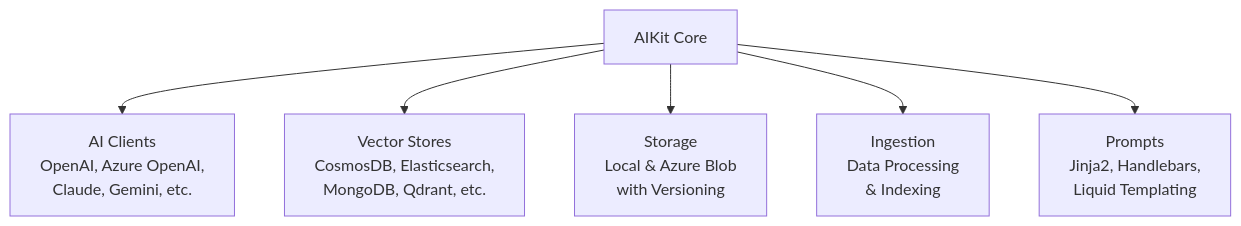
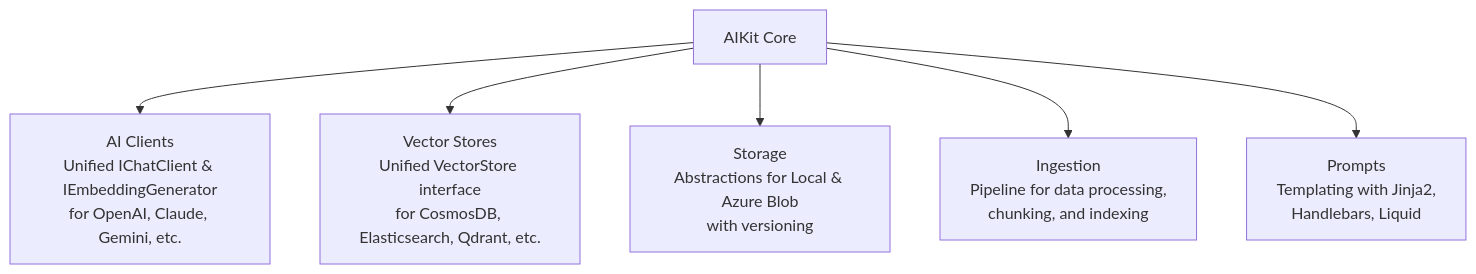
One commit to durmisi/AIKit changed the diagram in README.md. Above: the diagram before and after it, drawn with Mermaid. The commit also changed other lines of this file and 2 other files, not shown here.

Commit message:
Refactor: Remove autogenerated comments from StorageProviderBuilder and tests

````diff
--- a/README.md
+++ b/README.md
@@ -123,8 +17,8 @@
 ```mermaid
 graph TD
-    A[AIKit Core] --> B[AI Clients<br/>OpenAI, Azure OpenAI,<br/>Claude, Gemini, etc.]
-    A --> C[Vector Stores<br/>CosmosDB, Elasticsearch,<br/>MongoDB, Qdrant, etc.]
-    A --> D[Storage<br/>Local & Azure Blob<br/>with Versioning]
-    A --> E[Ingestion<br/>Data Processing<br/>& Indexing]
-    A --> F[Prompts<br/>Jinja2, Handlebars,<br/>Liquid Templating]
+    A[AIKit Core] --> B[AI Clients<br/>Unified IChatClient & IEmbeddingGenerator<br/>for OpenAI, Claude, Gemini, etc.]
+    A --> C[Vector Stores<br/>Unified VectorStore interface<br/>for CosmosDB, Elasticsearch, Qdrant, etc.]
+    A --> D[Storage<br/>Abstractions for Local & Azure Blob<br/>with versioning]
+    A --> E[Ingestion<br/>Pipeline for data processing,<br/>chunking, and indexing]
+    A --> F[Prompts<br/>Templating with Jinja2,<br/>Handlebars, Liquid]
 ```
````
